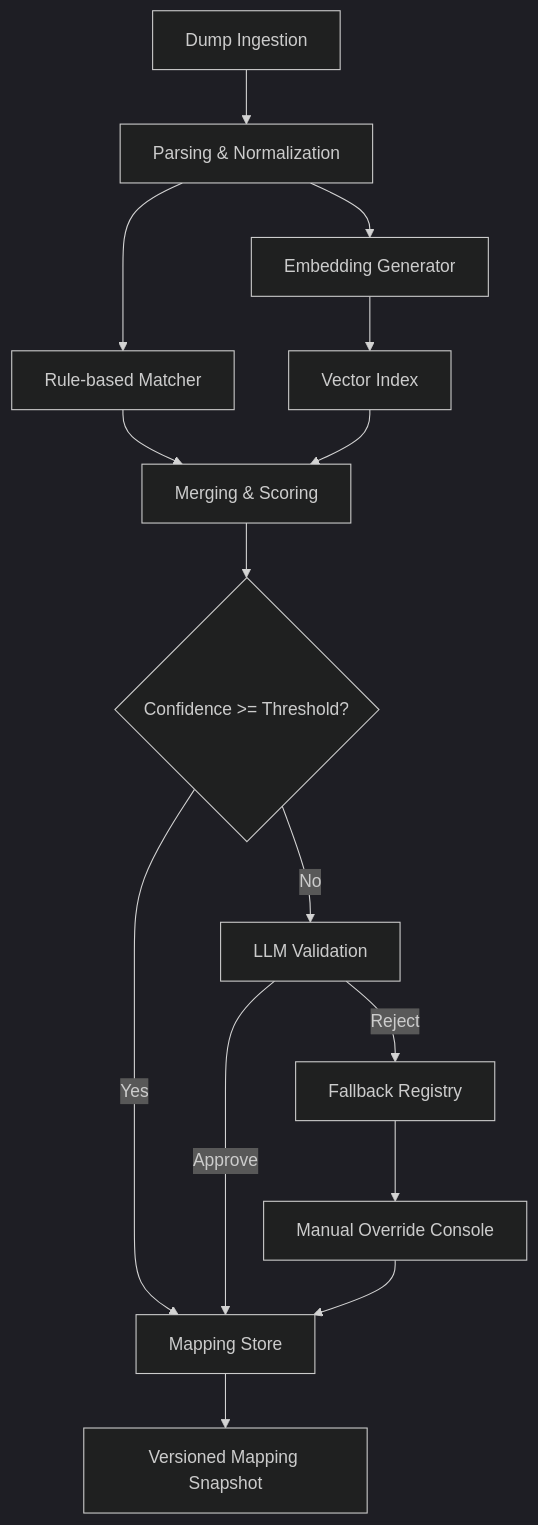
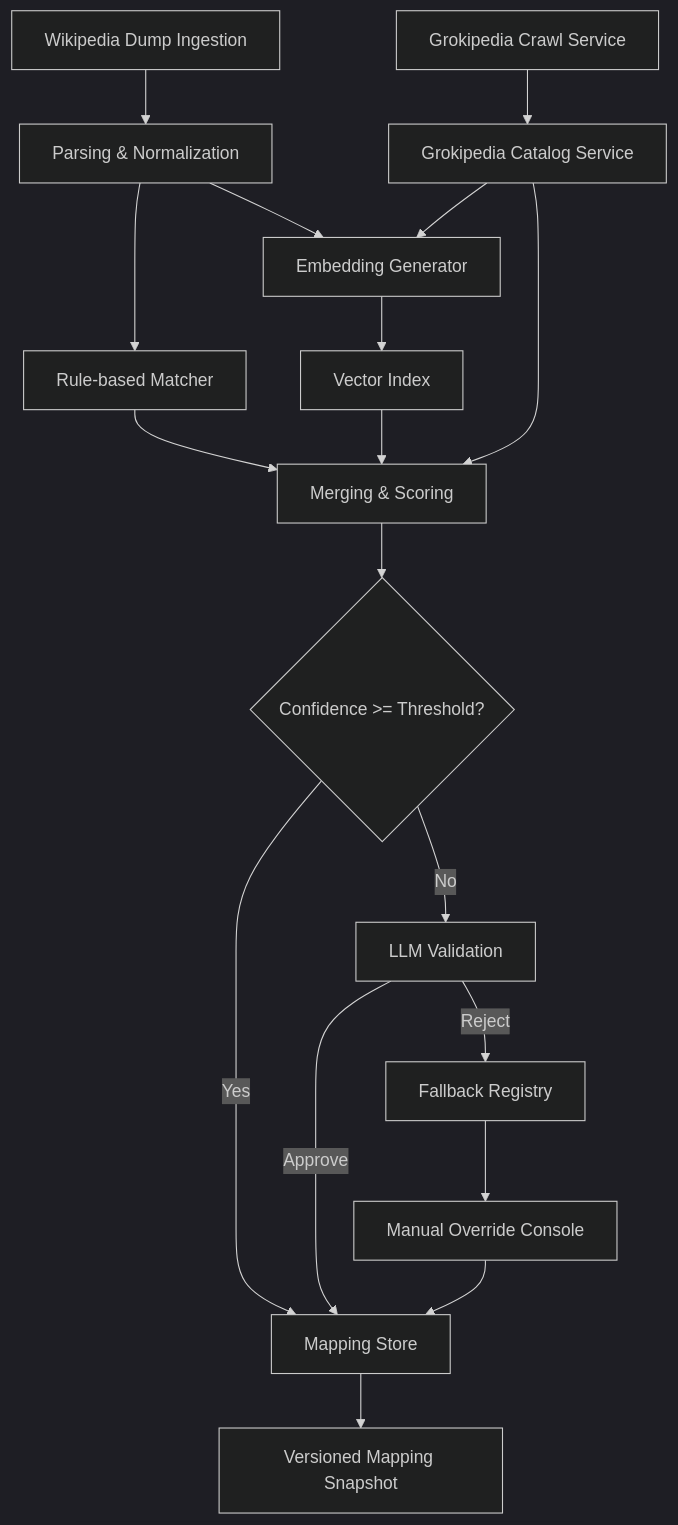
One commit to shanev/grokify changed the first of 2 diagrams in docs/grokipedia-resolver-architecture.md. Above: the diagram before and after it, drawn with Mermaid (dark theme). The commit also changed other lines of this file, not shown here.

Commit message:
Update based on Grokipiedia not having a data dump

````diff
--- a/docs/grokipedia-resolver-architecture.md
+++ b/docs/grokipedia-resolver-architecture.md
@@ -26,17 +27,20 @@
 ```mermaid
 flowchart TD
-    A[Dump Ingestion] --> B[Parsing & Normalization]
+    A[Wikipedia Dump Ingestion] --> B[Parsing & Normalization]
     B --> C[Rule-based Matcher]
     B --> D[Embedding Generator]
     D --> E[Vector Index]
     C --> F[Merging & Scoring]
     E --> F
     F --> G{Confidence >= Threshold?}
     G -->|Yes| H[Mapping Store]
     G -->|No| I[LLM Validation]
     I -->|Approve| H
     I -->|Reject| J[Fallback Registry]
     J --> K[Manual Override Console]
     K --> H
     H --> L[Versioned Mapping Snapshot]
+    M[Grokipedia Crawl Service] --> N[Grokipedia Catalog Service]
+    N --> D
+    N --> F
 ```
````
